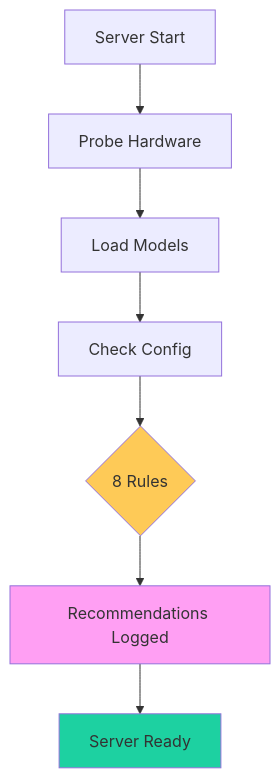
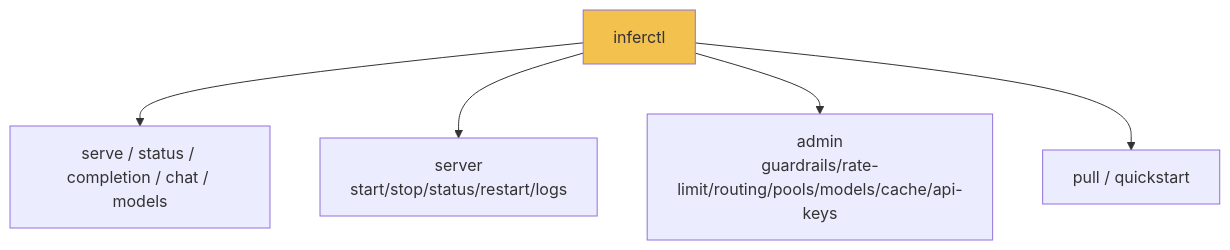
The second of 2 diagrams in README.md (vjsingh1984/inferflux), drawn with Mermaid before and after one commit. The commit also changed other lines of this file and 161 other files, not shown here.

````diff
--- a/README.md
+++ b/README.md
@@ -449,14 +68,9 @@
 ```mermaid
-flowchart TD
-    A[Server Start] --> B[Probe Hardware]
-    B --> C[Load Models]
-    C --> D[Check Config]
+graph TD
+    A[inferctl] --> B[serve / status / completion / chat / models]
+    A --> C[server\nstart/stop/status/restart/logs]
+    A --> D[admin\nguardrails/rate-limit/routing/pools/models/cache/api-keys]
+    A --> E[pull / quickstart]
 
-    D --> E{8 Rules}
-    E --> F[Recommendations Logged]
-    F --> G[Server Ready]
-
-    style E fill:#feca57
-    style F fill:#ff9ff3
-    style G fill:#1dd1a1
+    style A fill:#f2c14e
 ```
````
